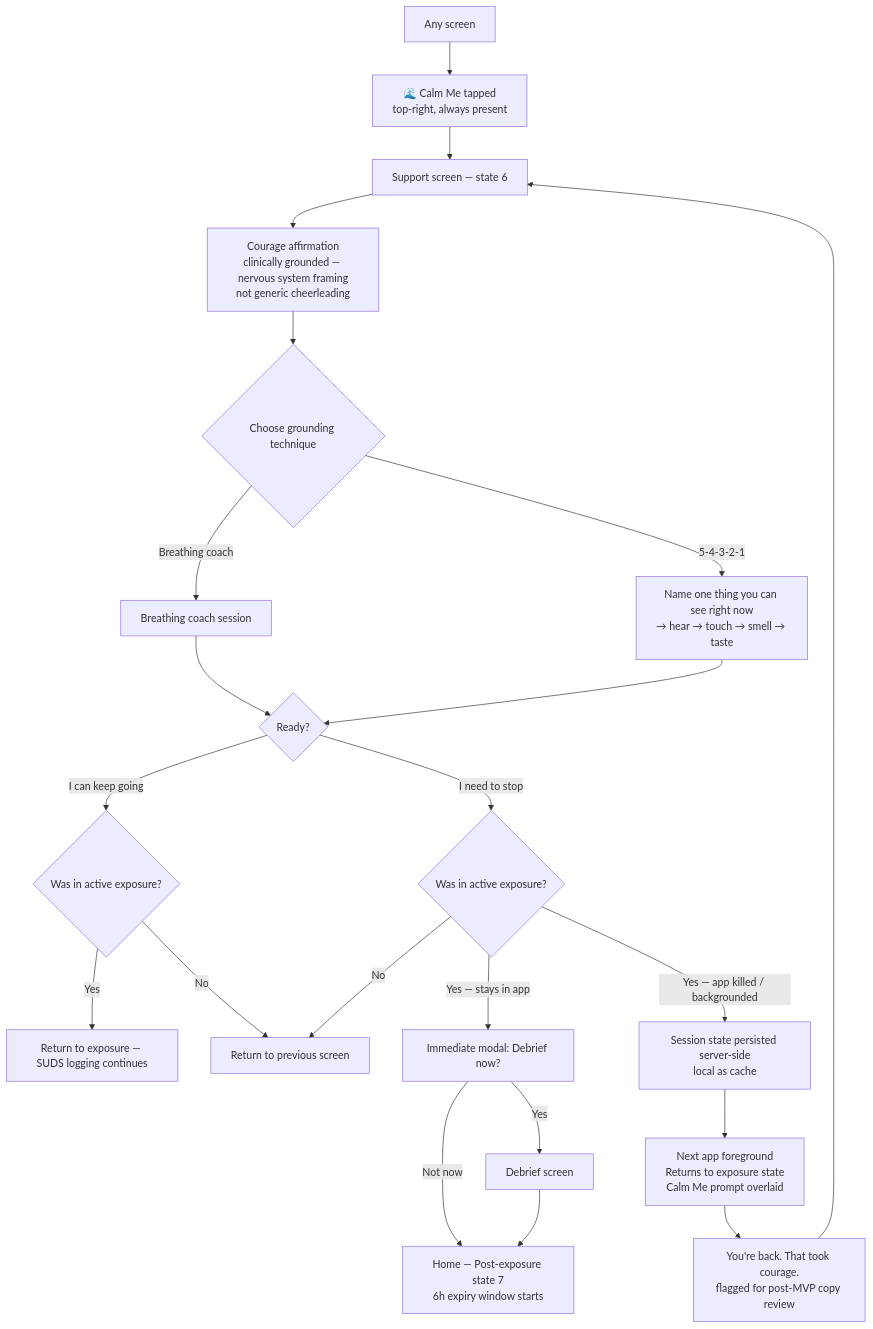
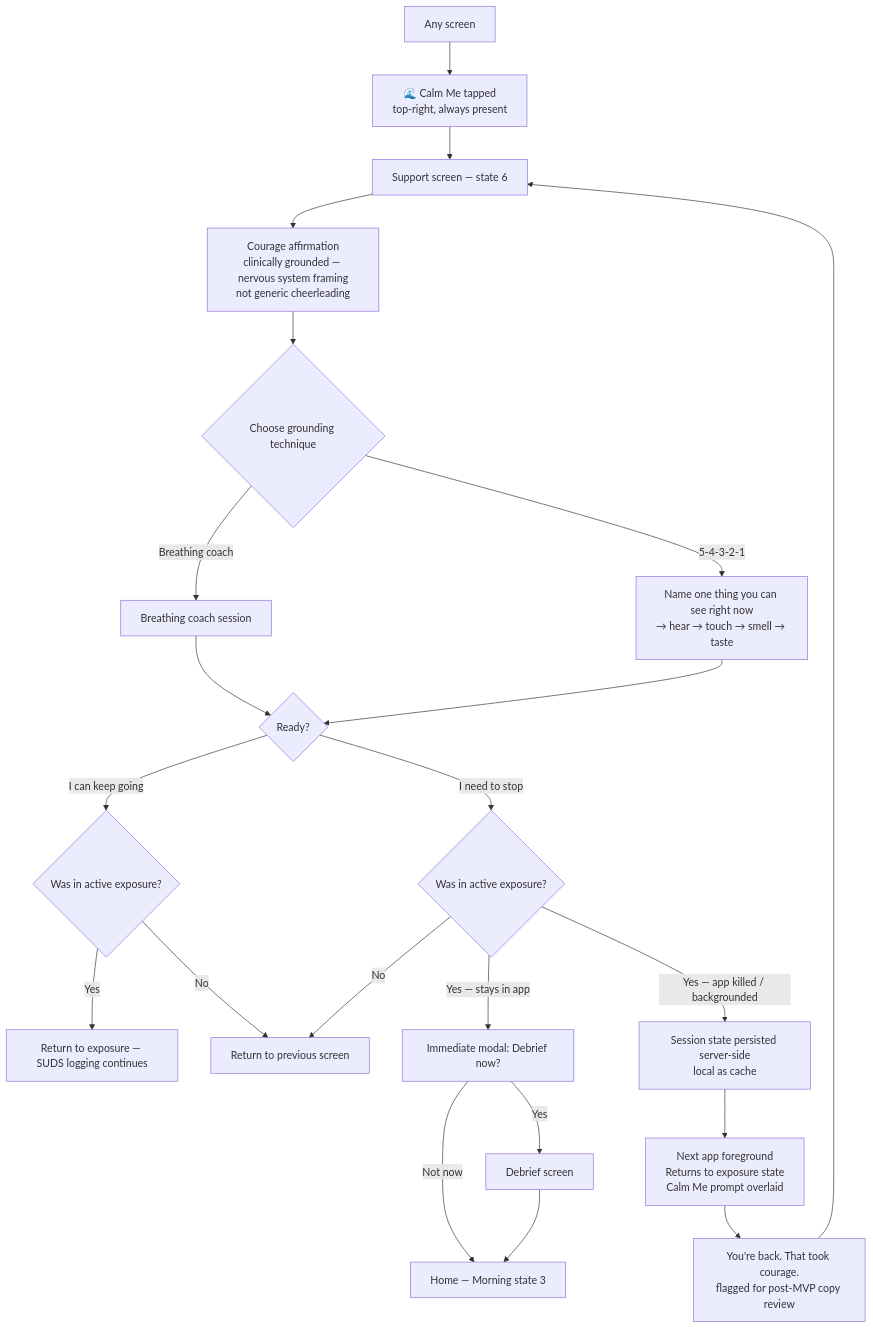
The fourth of 5 diagrams in _bmad-output/planning-artifacts/ux-design-specification/user-journey-flows.md (amitabhn/exposure-buddy-5), drawn with Mermaid before and after one commit. The commit also changed other lines of this file and 30 other files, not shown here.

````diff
--- a/_bmad-output/planning-artifacts/ux-design-specification/user-journey-flows.md
+++ b/_bmad-output/planning-artifacts/ux-design-specification/user-journey-flows.md
@@ -143,24 +143,24 @@
 ```mermaid
 flowchart TD
     A[Any screen] --> B[🌊 Calm Me tapped\ntop-right, always present]
     B --> C[Support screen — state 6]
     C --> D[Courage affirmation\nclinically grounded — nervous system framing\nnot generic cheerleading]
     D --> E{Choose grounding technique}
     E -->|Breathing coach| F[Breathing coach session]
     E -->|5-4-3-2-1| G[Name one thing you can see right now\n→ hear → touch → smell → taste]
     F --> H{Ready?}
     G --> H
     H -->|I can keep going| I{Was in active exposure?}
     I -->|Yes| J[Return to exposure — SUDS logging continues]
     I -->|No| K[Return to previous screen]
     H -->|I need to stop| L{Was in active exposure?}
     L -->|No| K
     L -->|Yes — stays in app| M[Immediate modal: Debrief now?]
     M -->|Yes| N[Debrief screen]
-    M -->|Not now| O[Home — Post-exposure state 7\n6h expiry window starts]
+    M -->|Not now| O[Home — Morning state 3]
     N --> O
     L -->|Yes — app killed / backgrounded| P[Session state persisted server-side\nlocal as cache]
     P --> Q[Next app foreground\nReturns to exposure state\nCalm Me prompt overlaid]
     Q --> R[You're back. That took courage.\nflagged for post-MVP copy review]
     R --> C
 ```
````
